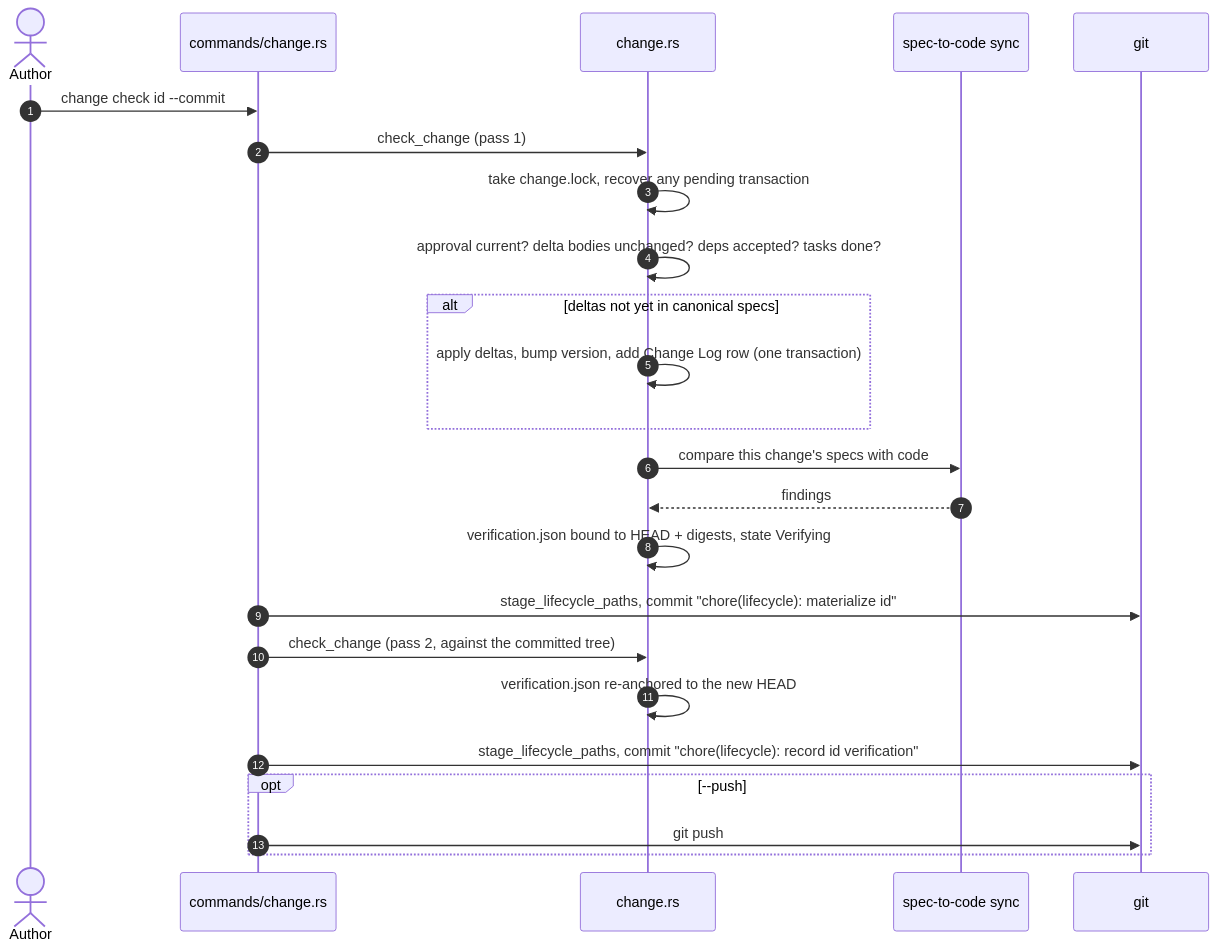
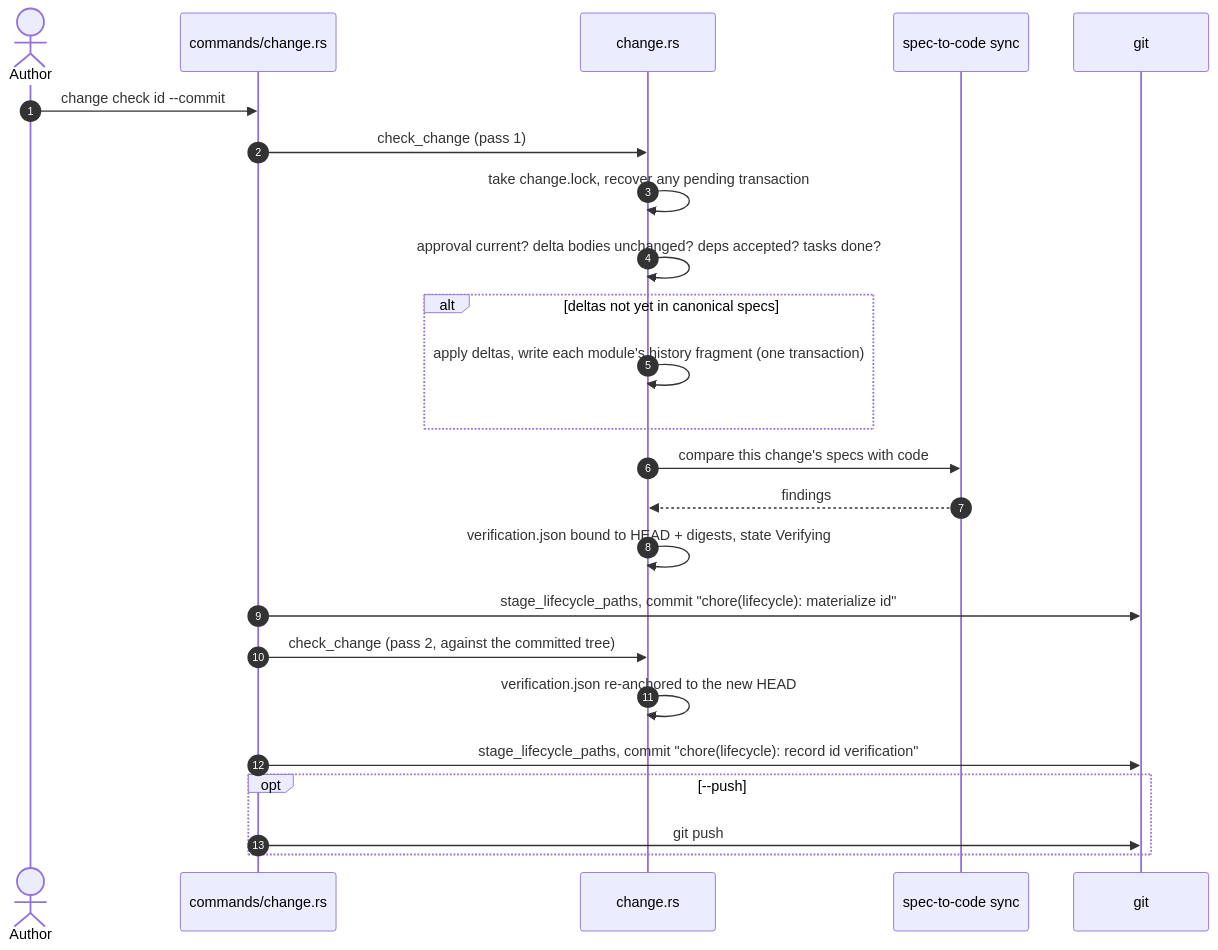
Before and after one commit to CorvidLabs/spec-sync: the sixth of 10 diagrams in docs/HLD.md, drawn with Mermaid. The commit also changed other lines of this file and 25 other files, not shown here.

````diff
--- a/docs/HLD.md
+++ b/docs/HLD.md
@@ -425,27 +427,27 @@
 ```mermaid
 sequenceDiagram
     autonumber
     actor A as Author
     participant CMD as commands/change.rs
     participant D as change.rs
     participant V as spec-to-code sync
     participant G as git
 
     A->>CMD: change check id --commit
     CMD->>D: check_change (pass 1)
     D->>D: take change.lock, recover any pending transaction
     D->>D: approval current? delta bodies unchanged? deps accepted? tasks done?
     alt deltas not yet in canonical specs
-        D->>D: apply deltas, bump version, add Change Log row (one transaction)
+        D->>D: apply deltas, write each module's history fragment (one transaction)
     end
     D->>V: compare this change's specs with code
     V-->>D: findings
     D->>D: verification.json bound to HEAD + digests, state Verifying
     CMD->>G: stage_lifecycle_paths, commit "chore(lifecycle): materialize id"
     CMD->>D: check_change (pass 2, against the committed tree)
     D->>D: verification.json re-anchored to the new HEAD
     CMD->>G: stage_lifecycle_paths, commit "chore(lifecycle): record id verification"
     opt --push
         CMD->>G: git push
     end
 ```
````
